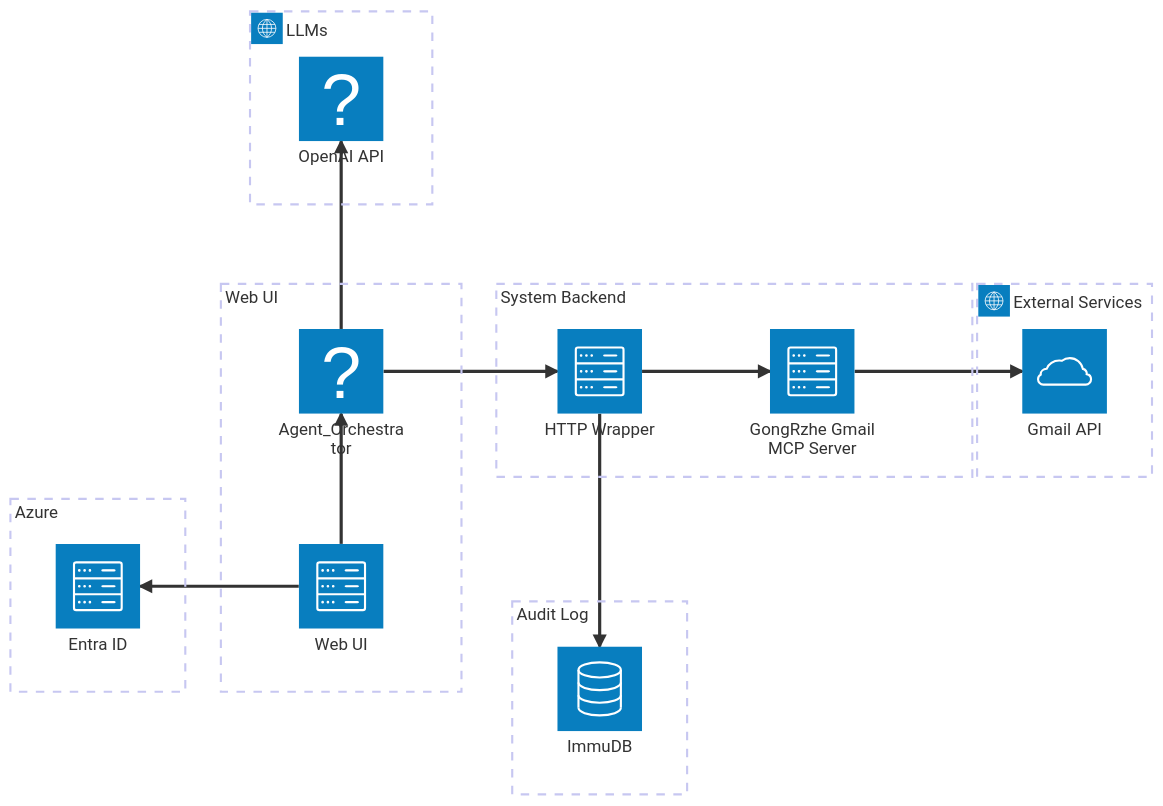
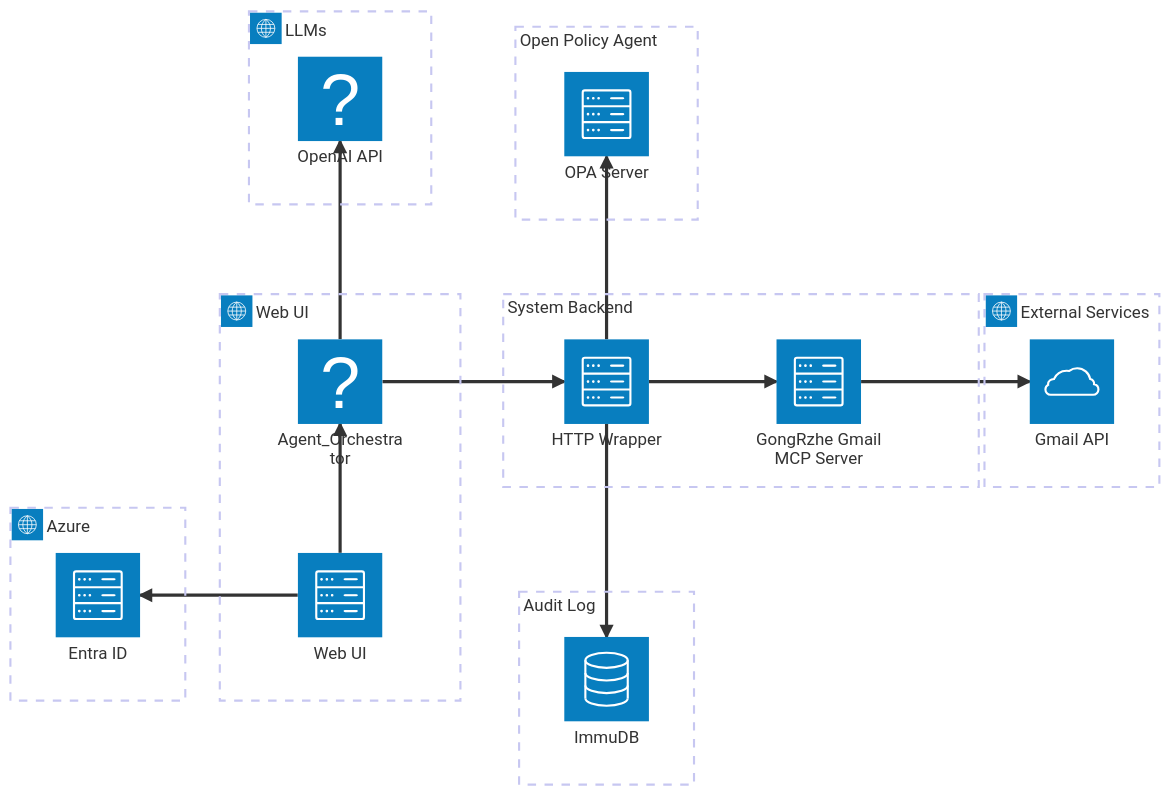
Before and after one commit to Blizzard-Of-Oz/cyber295-team3: the diagram in Diagrams/architecture.mmd, drawn with Mermaid. The commit also changed 1 other file, not shown here.

```diff
--- a/Diagrams/architecture.mmd
+++ b/Diagrams/architecture.mmd
@@ -1,29 +1,32 @@
 ---
 config:
   theme: mc
 ---
 architecture-beta
 
-  group g_ui [Web UI]
-  group g_entraid [Azure]
+  group g_ui(internet) [Web UI]
+  group g_entraid(internet) [Azure]
   group g_llms(internet)[LLMs]
   group g_mcp[System Backend]
   group g_db[Audit Log]
+  group g_opa[Open Policy Agent]
   group g_ext(internet)[External Services]
 
   service web(server)[Web UI] in g_ui
   service entraid(server)[Entra ID] in g_entraid
   service agent(brain)[Agent_Orchestrator] in g_ui
   service orchestration(brain)[OpenAI API] in g_llms
   service http_wrapper(server)[HTTP Wrapper] in g_mcp
   service mcp(server)[GongRzhe Gmail MCP Server] in g_mcp
   service extsvc(cloud)[Gmail API] in g_ext
   service auditlog(database)[ImmuDB] in g_db
+  service opa(server)[OPA Server] in g_opa
 
   web:L --> R:entraid
   web:T --> B:agent
   agent:T --> B:orchestration
   agent:R --> L:http_wrapper
   http_wrapper:R --> L:mcp
   http_wrapper:B --> T:auditlog
+  http_wrapper:T --> B:opa
   mcp:R --> L:extsvc
```
